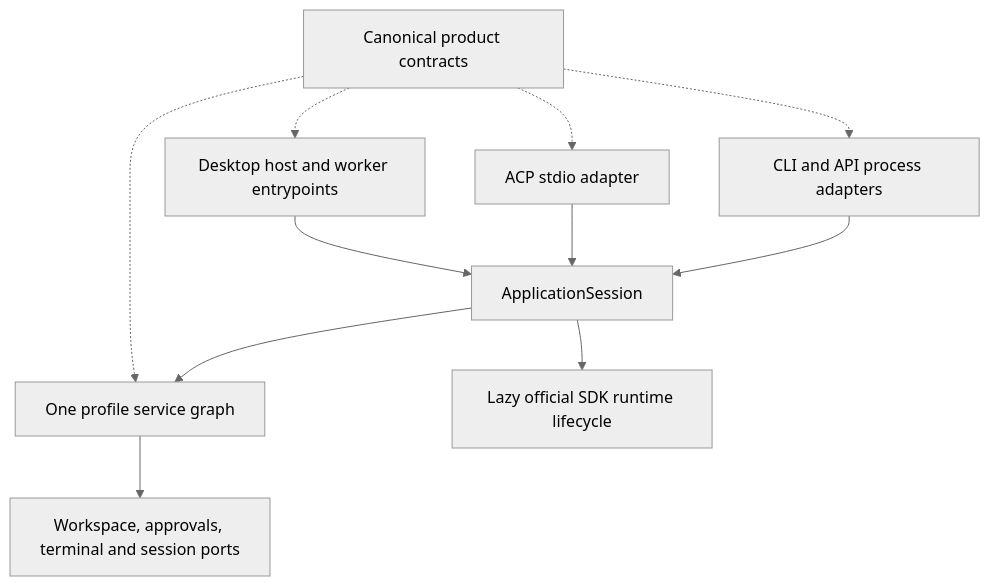
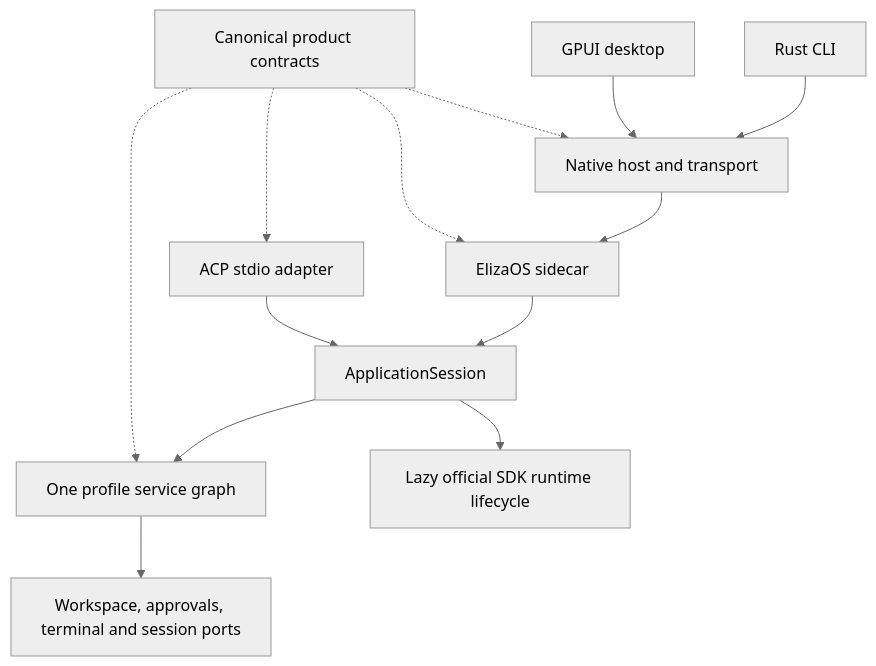
One commit to SYMBaiEX/doolittle changed the diagram in docs/architecture.md. Above: the diagram before and after it, drawn with Mermaid (neutral theme). The commit also changed other lines of this file and 8 other files, not shown here.

````diff
--- a/docs/architecture.md
+++ b/docs/architecture.md
@@ -24,13 +25,15 @@
 ```mermaid
 flowchart TD
-  CLI[CLI and API process adapters] --> App[ApplicationSession]
+  CLI[Rust CLI] --> Host[Native host and transport]
+  Desktop[GPUI desktop] --> Host
+  Host --> Adapter[ElizaOS sidecar]
+  Adapter --> App[ApplicationSession]
   ACP[ACP stdio adapter] --> App
-  Desktop[Desktop host and worker entrypoints] --> App
   App --> Graph[One profile service graph]
   App --> SDK[Lazy official SDK runtime lifecycle]
-  Contracts[Canonical product contracts] -.-> CLI
+  Contracts[Canonical product contracts] -.-> Adapter
   Contracts -.-> ACP
-  Contracts -.-> Desktop
+  Contracts -.-> Host
   Contracts -.-> Graph
   Graph --> Ports[Workspace, approvals, terminal and session ports]
 ```
````
